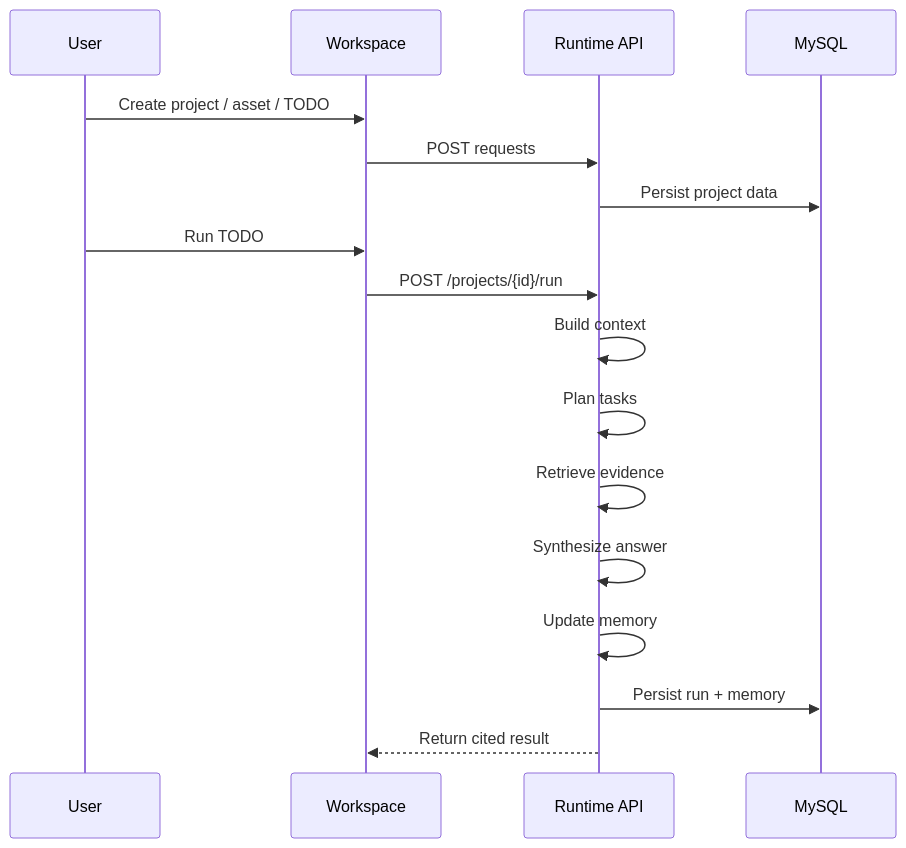
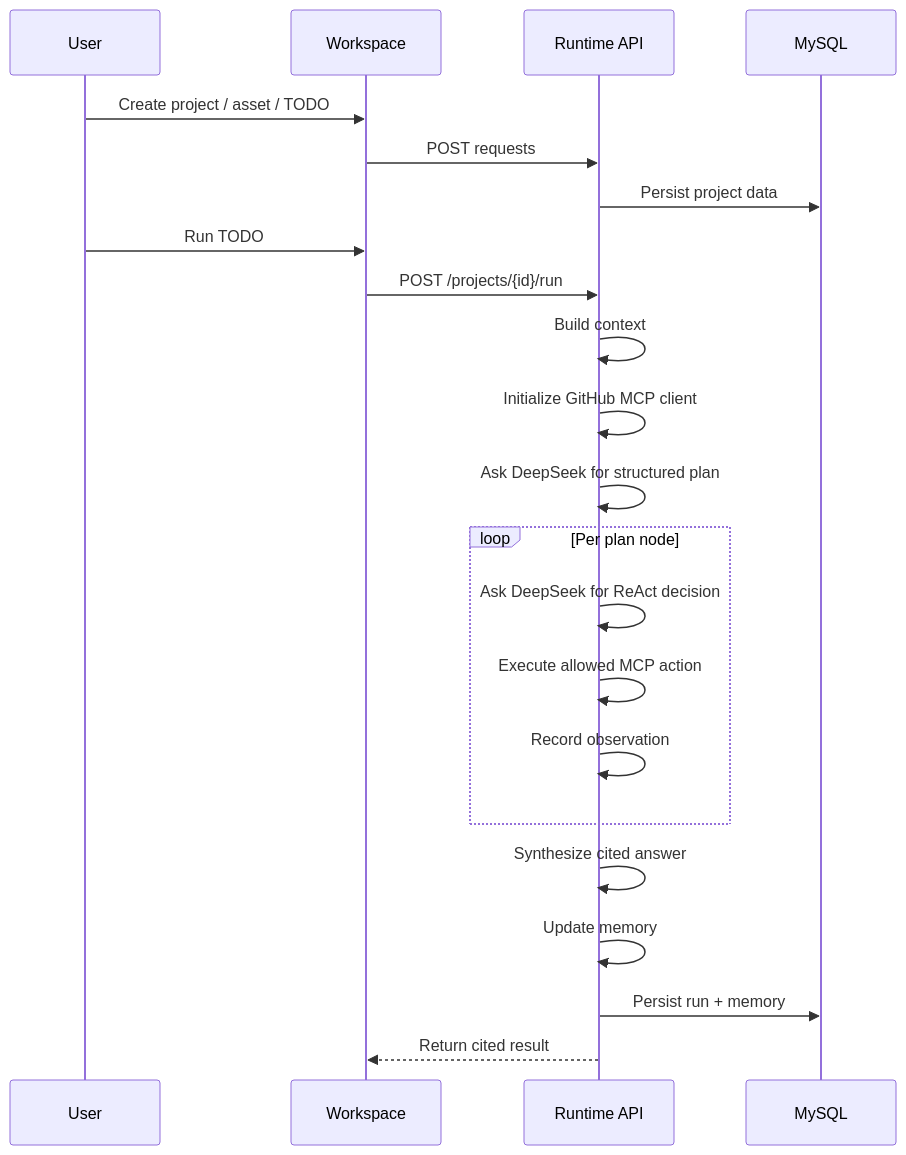
The second of 2 diagrams in docs/architecture.md (dianayyds/research_copilot), drawn with Mermaid before and after one commit. The commit also changed other lines of this file and 51 other files, not shown here.

````diff
--- a/docs/architecture.md
+++ b/docs/architecture.md
@@ -32,20 +36,25 @@
 ```mermaid
 sequenceDiagram
     participant U as User
     participant W as Workspace
     participant R as Runtime API
     participant D as MySQL
 
     U->>W: Create project / asset / TODO
     W->>R: POST requests
     R->>D: Persist project data
     U->>W: Run TODO
     W->>R: POST /projects/{id}/run
     R->>R: Build context
-    R->>R: Plan tasks
-    R->>R: Retrieve evidence
-    R->>R: Synthesize answer
+    R->>R: Initialize GitHub MCP client
+    R->>R: Ask DeepSeek for structured plan
+    loop Per plan node
+        R->>R: Ask DeepSeek for ReAct decision
+        R->>R: Execute allowed MCP action
+        R->>R: Record observation
+    end
+    R->>R: Synthesize cited answer
     R->>R: Update memory
     R->>D: Persist run + memory
     R-->>W: Return cited result
 ```
````
